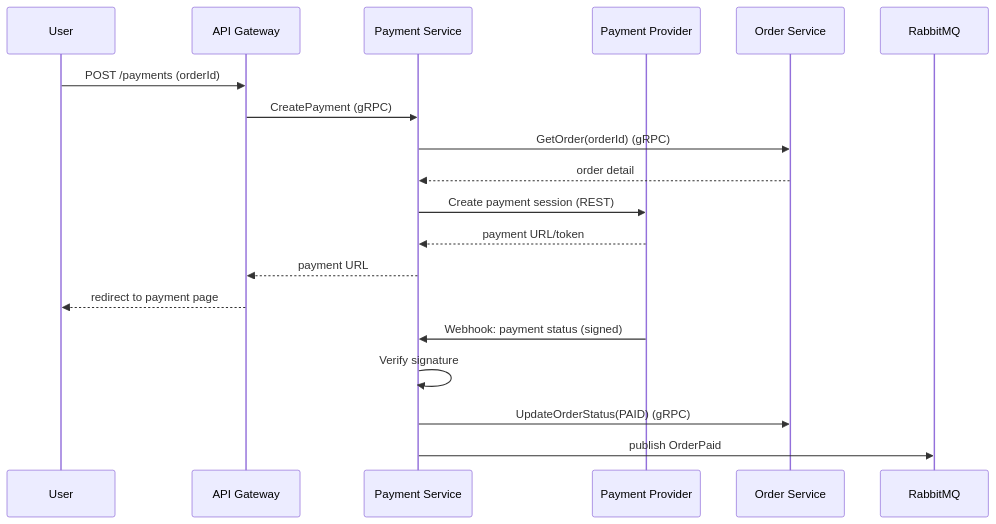
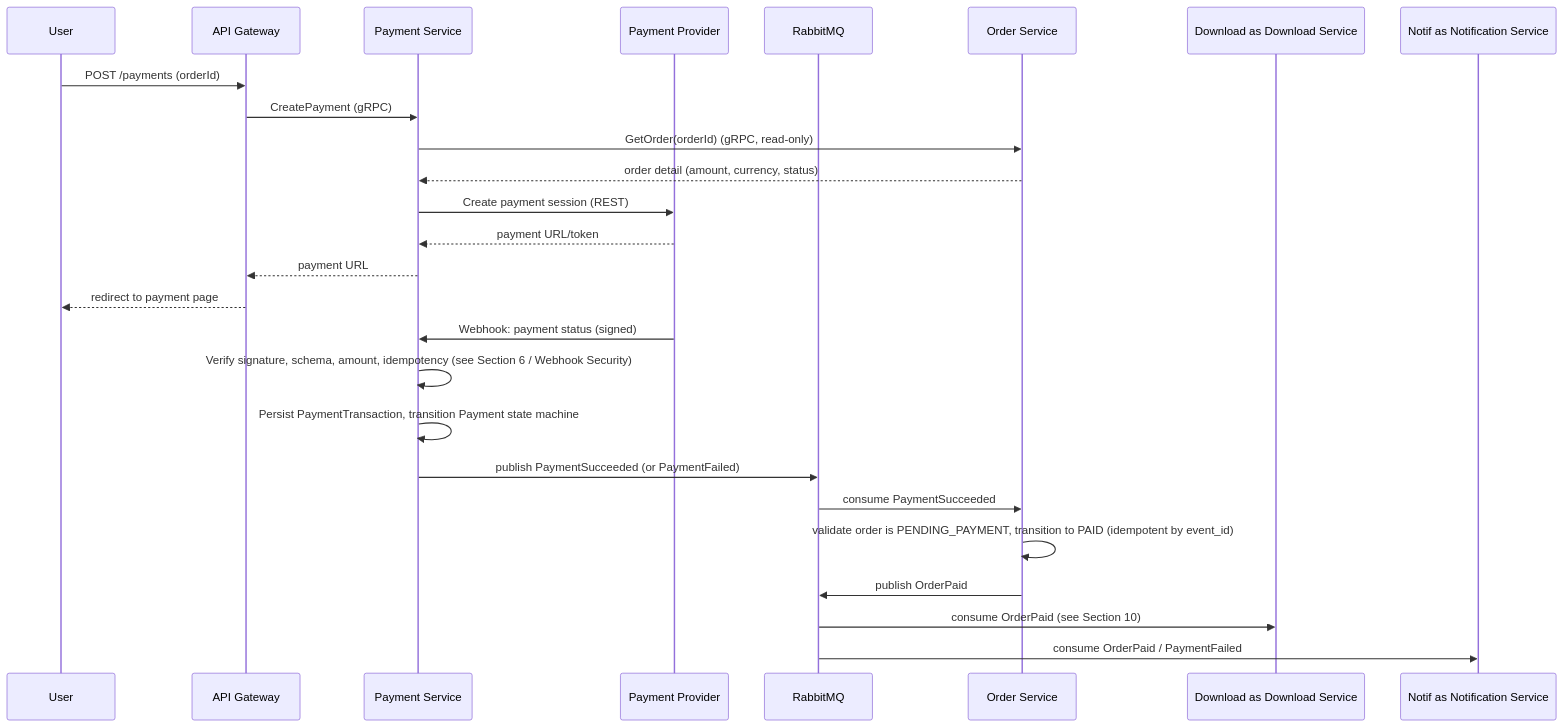
The fifth of 11 diagrams in docs/architecture/ARCHITECTURE.md (AsepNurdinDev/codeshop), drawn with Mermaid before and after one commit. The commit also changed other lines of this file and 76 other files, not shown here.

````diff
--- a/docs/architecture/ARCHITECTURE.md
+++ b/docs/architecture/ARCHITECTURE.md
@@ -202,23 +206,30 @@
 ```mermaid
 sequenceDiagram
     participant U as User
     participant GW as API Gateway
     participant P as Payment Service
     participant PP as Payment Provider
+    participant MQ as RabbitMQ
     participant O as Order Service
-    participant MQ as RabbitMQ
 
     U->>GW: POST /payments (orderId)
     GW->>P: CreatePayment (gRPC)
-    P->>O: GetOrder(orderId) (gRPC)
-    O-->>P: order detail
+    P->>O: GetOrder(orderId) (gRPC, read-only)
+    O-->>P: order detail (amount, currency, status)
     P->>PP: Create payment session (REST)
     PP-->>P: payment URL/token
     P-->>GW: payment URL
     GW-->>U: redirect to payment page
 
     PP->>P: Webhook: payment status (signed)
-    P->>P: Verify signature
-    P->>O: UpdateOrderStatus(PAID) (gRPC)
-    P->>MQ: publish OrderPaid
+    P->>P: Verify signature, schema, amount, idempotency (see Section 6 / Webhook Security)
+    P->>P: Persist PaymentTransaction, transition Payment state machine
+    P->>MQ: publish PaymentSucceeded (or PaymentFailed)
+
+    MQ->>O: consume PaymentSucceeded
+    O->>O: validate order is PENDING_PAYMENT, transition to PAID (idempotent by event_id)
+    O->>MQ: publish OrderPaid
+
+    MQ->>Download as Download Service: consume OrderPaid (see Section 10)
+    MQ->>Notif as Notification Service: consume OrderPaid / PaymentFailed
 ```
````
